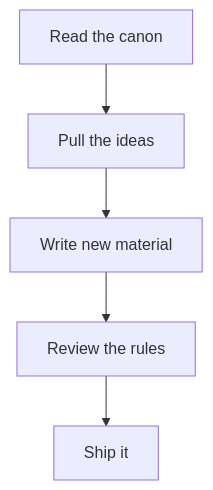
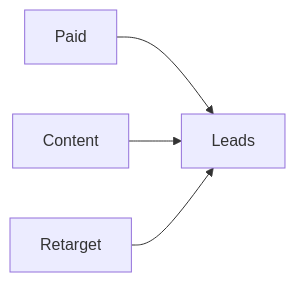
Before and after one commit to redrhino-online/red-canon: diagram 18 of 27 in README.md, drawn with Mermaid. The commit also changed other lines of this file, not shown here.

````diff
--- a/README.md
+++ b/README.md
@@ -222,7 +353,6 @@
 ```mermaid
-flowchart TD
-    A[Read the canon] --> B[Pull the ideas]
-    B --> C[Write new material]
-    C --> D[Review the rules]
-    D --> E[Ship it]
+flowchart LR
+    A[Paid] --> D[Leads]
+    B[Content] --> D
+    C[Retarget] --> D
 ```
````
